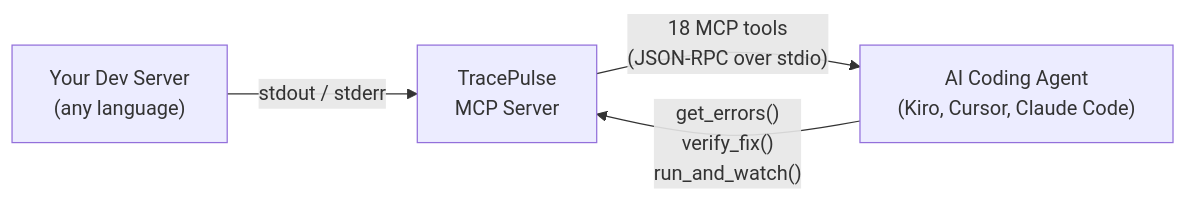
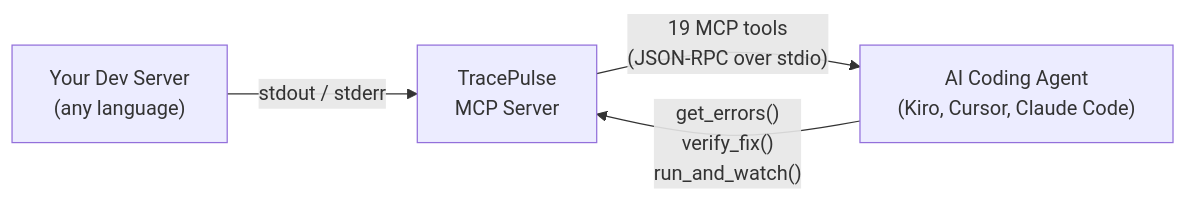
Before and after one commit to sourjya/tracepulse: the first of 4 diagrams in gitbook/README.md, drawn with Mermaid. The commit also changed other lines of this file and 5 other files, not shown here.

````diff
--- a/gitbook/README.md
+++ b/gitbook/README.md
@@ -14,16 +14,16 @@
 ```mermaid
 graph LR
     Dev["Your Dev Server
     (any language)"]
     TP["TracePulse
     MCP Server"]
     Agent["AI Coding Agent
     (Kiro, Cursor, Claude Code)"]
 
     Dev -->|stdout / stderr| TP
-    TP -->|"18 MCP tools
+    TP -->|"19 MCP tools
     (JSON-RPC over stdio)"| Agent
     Agent -->|"get_errors()
     verify_fix()
     run_and_watch()"| TP
 ```
````
